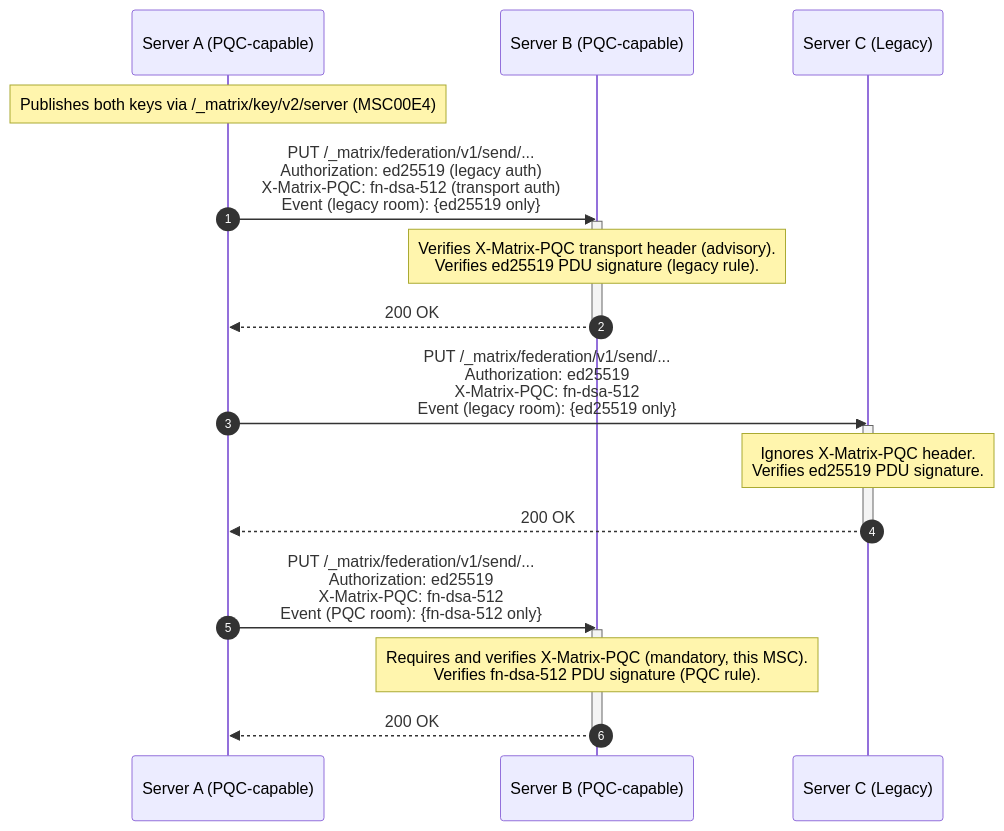
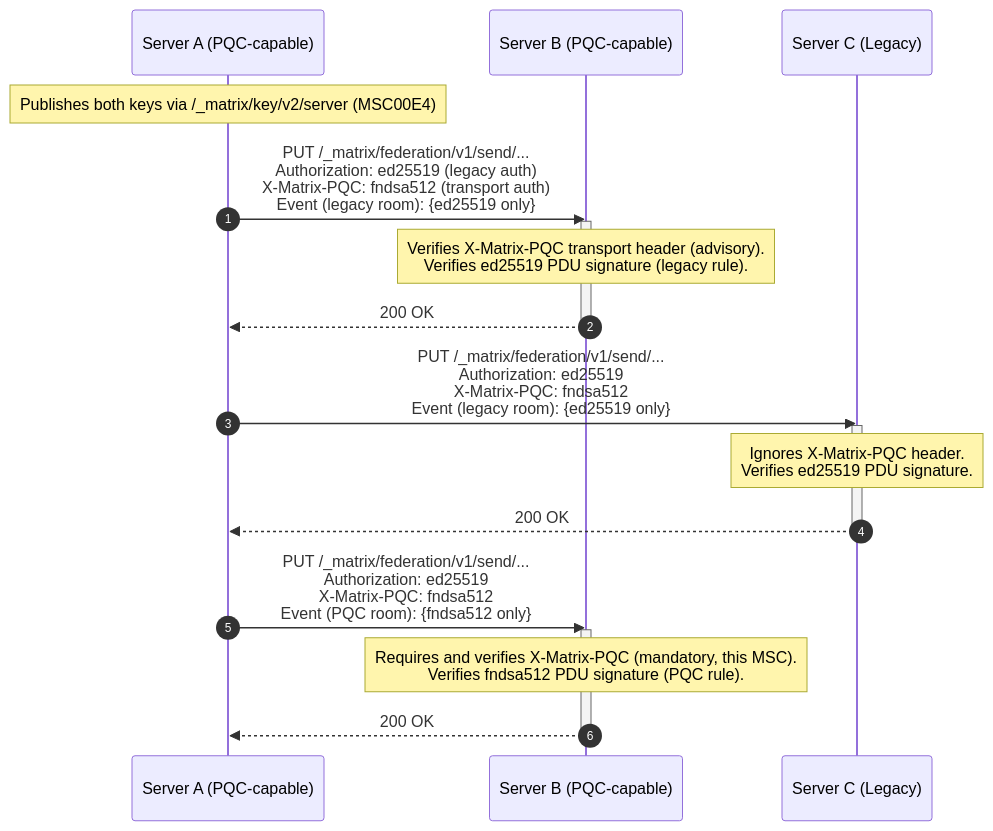
One commit to gamesguru/matrix-spec-proposals changed the diagram in proposals/00E2-quantum-sigs-federation-room-pdu.md. Above: the diagram before and after it, drawn with Mermaid. The commit also changed other lines of this file and 2 other files, not shown here.

Commit message:
docs(PQC): align protocol algorithm identifier to unhyphenated fndsa512 across MSC00A1, MSC00E2, and MSC4499

````diff
--- a/proposals/00E2-quantum-sigs-federation-room-pdu.md
+++ b/proposals/00E2-quantum-sigs-federation-room-pdu.md
@@ -222,27 +222,27 @@
 ```mermaid
 sequenceDiagram
     autonumber
     participant S1 as Server A (PQC-capable)
     participant S2 as Server B (PQC-capable)
     participant S3 as Server C (Legacy)
 
     Note over S1: Publishes both keys via /_matrix/key/v2/server (MSC00E4)
 
-    S1->>S2: PUT /_matrix/federation/v1/send/...<br/>Authorization: ed25519 (legacy auth)<br/>X-Matrix-PQC: fn-dsa-512 (transport auth)<br/>Event (legacy room): {ed25519 only}
+    S1->>S2: PUT /_matrix/federation/v1/send/...<br/>Authorization: ed25519 (legacy auth)<br/>X-Matrix-PQC: fndsa512 (transport auth)<br/>Event (legacy room): {ed25519 only}
     activate S2
     Note over S2: Verifies X-Matrix-PQC transport header (advisory).<br/>Verifies ed25519 PDU signature (legacy rule).
     S2-->>S1: 200 OK
     deactivate S2
 
-    S1->>S3: PUT /_matrix/federation/v1/send/...<br/>Authorization: ed25519<br/>X-Matrix-PQC: fn-dsa-512<br/>Event (legacy room): {ed25519 only}
+    S1->>S3: PUT /_matrix/federation/v1/send/...<br/>Authorization: ed25519<br/>X-Matrix-PQC: fndsa512<br/>Event (legacy room): {ed25519 only}
     activate S3
     Note over S3: Ignores X-Matrix-PQC header.<br/>Verifies ed25519 PDU signature.
     S3-->>S1: 200 OK
     deactivate S3
 
-    S1->>S2: PUT /_matrix/federation/v1/send/...<br/>Authorization: ed25519<br/>X-Matrix-PQC: fn-dsa-512<br/>Event (PQC room): {fn-dsa-512 only}
+    S1->>S2: PUT /_matrix/federation/v1/send/...<br/>Authorization: ed25519<br/>X-Matrix-PQC: fndsa512<br/>Event (PQC room): {fndsa512 only}
     activate S2
-    Note over S2: Requires and verifies X-Matrix-PQC (mandatory, this MSC).<br/>Verifies fn-dsa-512 PDU signature (PQC rule).
+    Note over S2: Requires and verifies X-Matrix-PQC (mandatory, this MSC).<br/>Verifies fndsa512 PDU signature (PQC rule).
     S2-->>S1: 200 OK
     deactivate S2
 ```
````
